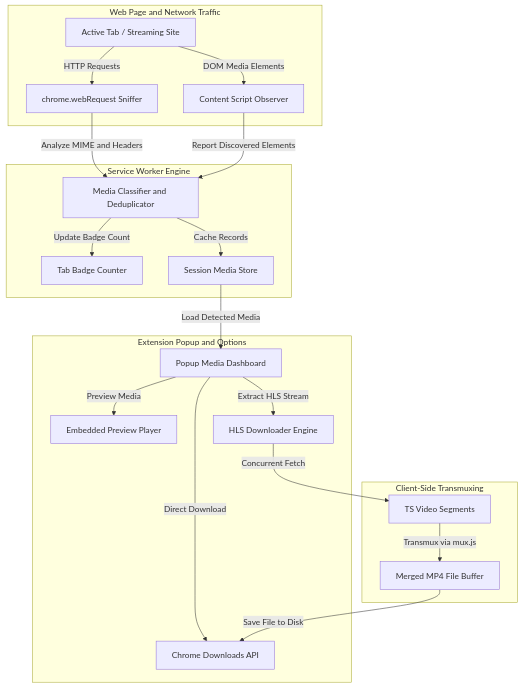
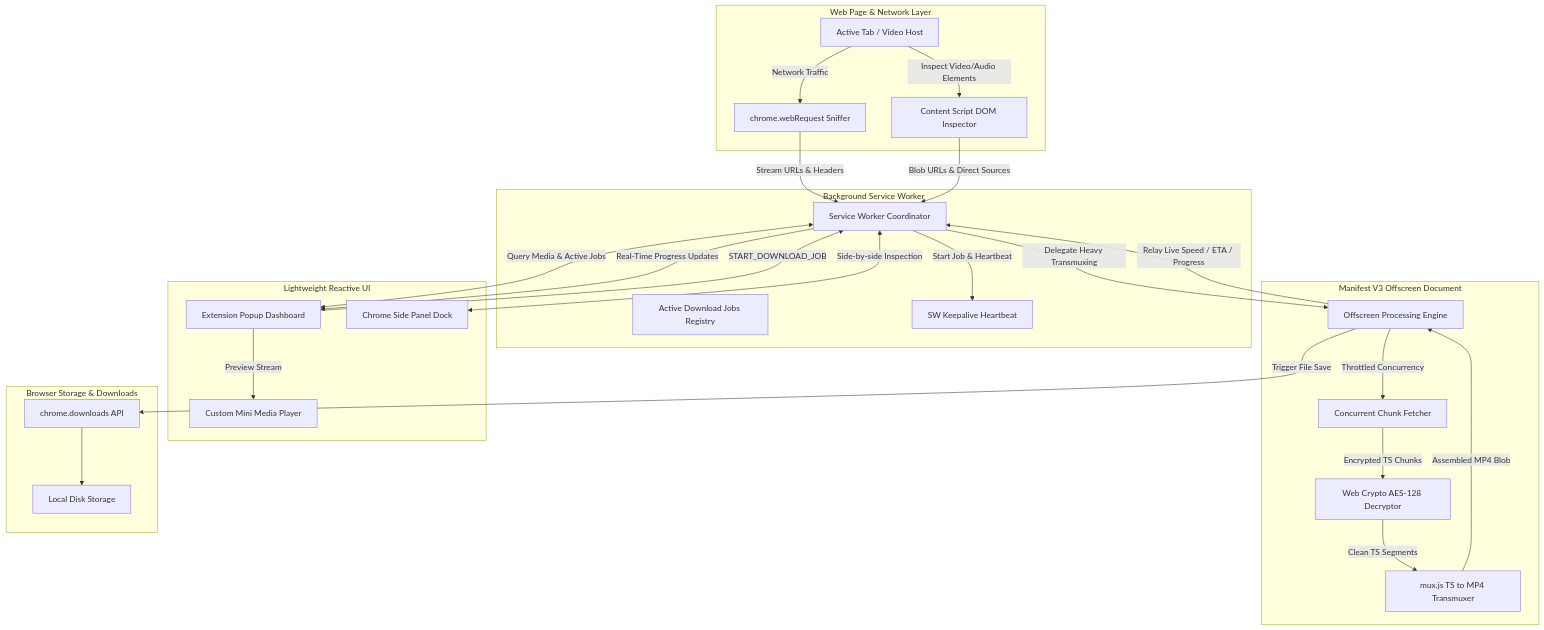
The diagram in README.md (Cathhdyy/Web-Video-Downloader-Extenstion), drawn with Mermaid before and after one commit. The commit also changed other lines of this file and 17 other files, not shown here.

Commit message:
feat: complete professionalization upgrade (MV3 offscreen, AES-128 HLS decryption, adaptive themes, custom mini player, unit tests & CI/CD)

````diff
--- a/README.md
+++ b/README.md
@@ -79,40 +106,55 @@
 ```mermaid
 flowchart TD
-    subgraph Browser [Web Page and Network Traffic]
-        A[Active Tab / Streaming Site]
-        B[chrome.webRequest Sniffer]
-        C[Content Script Observer]
+    subgraph BrowserEnvironment [Web Page & Network Layer]
+        Tab[Active Tab / Video Host]
+        NetSniffer[chrome.webRequest Sniffer]
+        DomObserver[Content Script DOM Inspector]
     end
 
-    subgraph Background [Service Worker Engine]
-        D[Media Classifier and Deduplicator]
-        E[Tab Badge Counter]
-        F[Session Media Store]
+    subgraph ServiceWorkerLayer [Background Service Worker]
+        SW[Service Worker Coordinator]
+        Registry[Active Download Jobs Registry]
+        Keepalive[SW Keepalive Heartbeat]
     end
 
-    subgraph PopupUI [Extension Popup and Options]
-        G[Popup Media Dashboard]
-        H[Embedded Preview Player]
-        I[Chrome Downloads API]
-        J[HLS Downloader Engine]
+    subgraph OffscreenWorker [Manifest V3 Offscreen Document]
+        OffscreenDoc[Offscreen Processing Engine]
+        Fetcher[Concurrent Chunk Fetcher]
+        Decrypter[Web Crypto AES-128 Decryptor]
+        Muxer[mux.js TS to MP4 Transmuxer]
     end
 
-    subgraph Transmuxer [Client-Side Transmuxing]
-        K[TS Video Segments]
-        L[Merged MP4 File Buffer]
+    subgraph UserInterface [Lightweight Reactive UI]
+        Popup[Extension Popup Dashboard]
+        SidePanel[Chrome Side Panel Dock]
+        Player[Custom Mini Media Player]
     end
 
-    A -->|HTTP Requests| B
-    A -->|DOM Media Elements| C
-    B -->|Analyze MIME and Headers| D
-    C -->|Report Discovered Elements| D
-    D -->|Update Badge Count| E
-    D -->|Cache Records| F
-    F -->|Load Detected Media| G
-    G -->|Preview Media| H
-    G -->|Direct Download| I
-    G -->|Extract HLS Stream| J
-    J -->|Concurrent Fetch| K
-    K -->|Transmux via mux.js| L
-    L -->|Save File to Disk| I
+    subgraph FileExport [Browser Storage & Downloads]
+        Downloader[chrome.downloads API]
+        Disk[Local Disk Storage]
+    end
+
+    Tab -->|Network Traffic| NetSniffer
+    Tab -->|Inspect Video/Audio Elements| DomObserver
+    NetSniffer -->|Stream URLs & Headers| SW
+    DomObserver -->|Blob URLs & Direct Sources| SW
+
+    SW <-->|Query Media & Active Jobs| Popup
+    SW <-->|Side-by-side Inspection| SidePanel
+    Popup -->|Preview Stream| Player
+
+    Popup -->|START_DOWNLOAD_JOB| SW
+    SW -->|Start Job & Heartbeat| Keepalive
+    SW -->|Delegate Heavy Transmuxing| OffscreenDoc
+
+    OffscreenDoc -->|Throttled Concurrency| Fetcher
+    Fetcher -->|Encrypted TS Chunks| Decrypter
+    Decrypter -->|Clean TS Segments| Muxer
+    Muxer -->|Assembled MP4 Blob| OffscreenDoc
+
+    OffscreenDoc -->|Relay Live Speed / ETA / Progress| SW
+    SW -->|Real-Time Progress Updates| Popup
+    OffscreenDoc -->|Trigger File Save| Downloader
+    Downloader --> Disk
 ```
````
